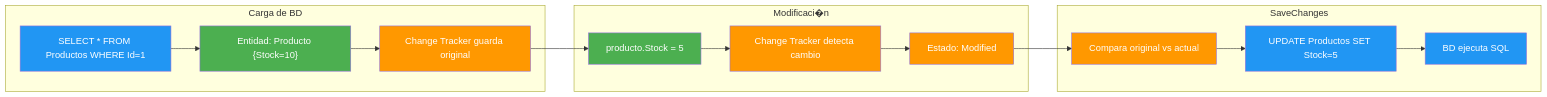
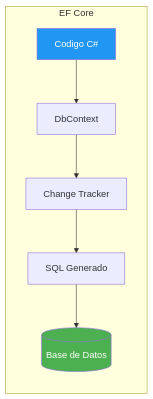
Before and after one commit to joseluisgs/DesarrolloWebEntornosServidor-02-2026-2027: the diagram in 12-entity-framework-core.md, drawn with Mermaid. The commit also changed other lines of this file, not shown here.

````diff
--- a/12-entity-framework-core.md
+++ b/12-entity-framework-core.md
@@ -221,30 +123,12 @@
 ```mermaid
 flowchart LR
-    subgraph "Carga de BD"
-        A["SELECT * FROM Productos WHERE Id=1"] --> B["Entidad: Producto {Stock=10}"]
-        B --> C["Change Tracker guarda original"]
+    subgraph ORM["EF Core"]
+        A[Codigo C#] --> B[DbContext]
+        B --> C[Change Tracker]
+        C --> D[SQL Generado]
+        D --> E[(Base de Datos)]
     end
 
-    subgraph "Modificaci�n"
-        D["producto.Stock = 5"] --> E["Change Tracker detecta cambio"]
-        E --> F["Estado: Modified"]
-    end
-
-    subgraph "SaveChanges"
-        G["Compara original vs actual"] --> H["UPDATE Productos SET Stock=5"]
-        H --> I["BD ejecuta SQL"]
-    end
-
-    C --> D
-    F --> G
-
     style A fill:#2196F3,color:#fff
-    style B fill:#4CAF50,color:#fff
-    style C fill:#FF9800,color:#fff
-    style D fill:#4CAF50,color:#fff
-    style E fill:#FF9800,color:#fff
-    style F fill:#FF9800,color:#fff
-    style G fill:#FF9800,color:#fff
-    style H fill:#2196F3,color:#fff
-    style I fill:#2196F3,color:#fff
+    style E fill:#4CAF50,color:#fff
 ```
````
